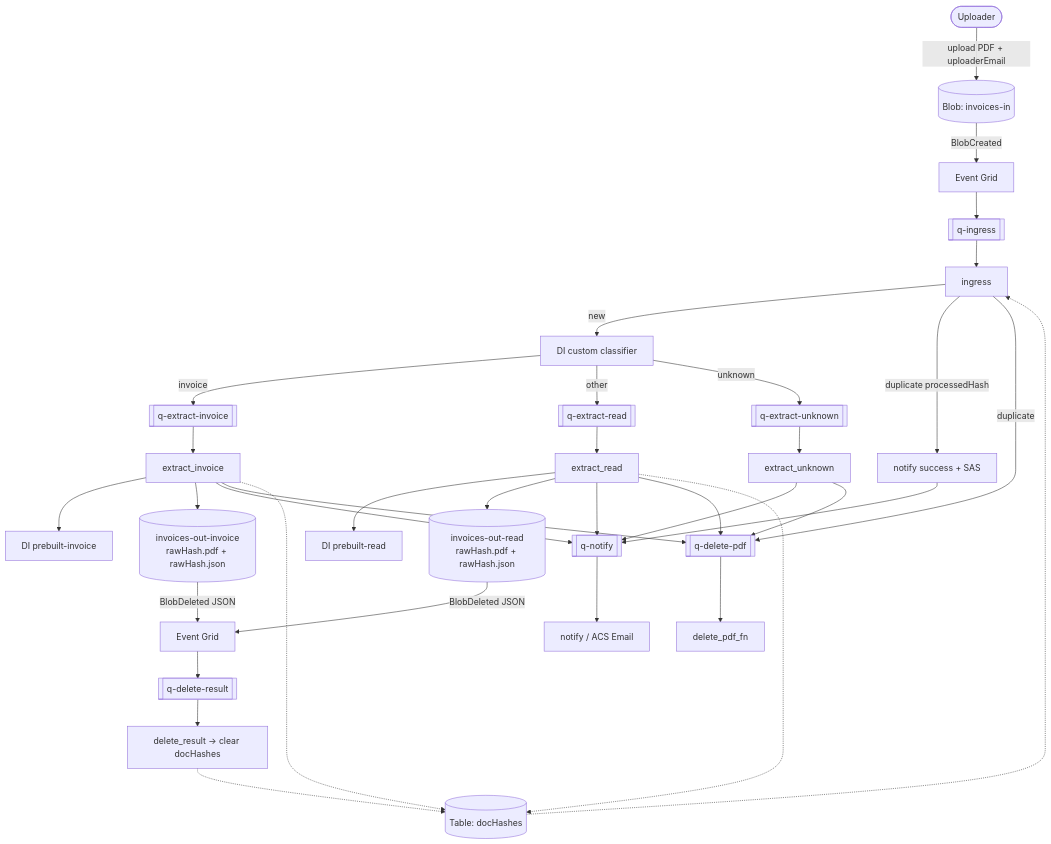
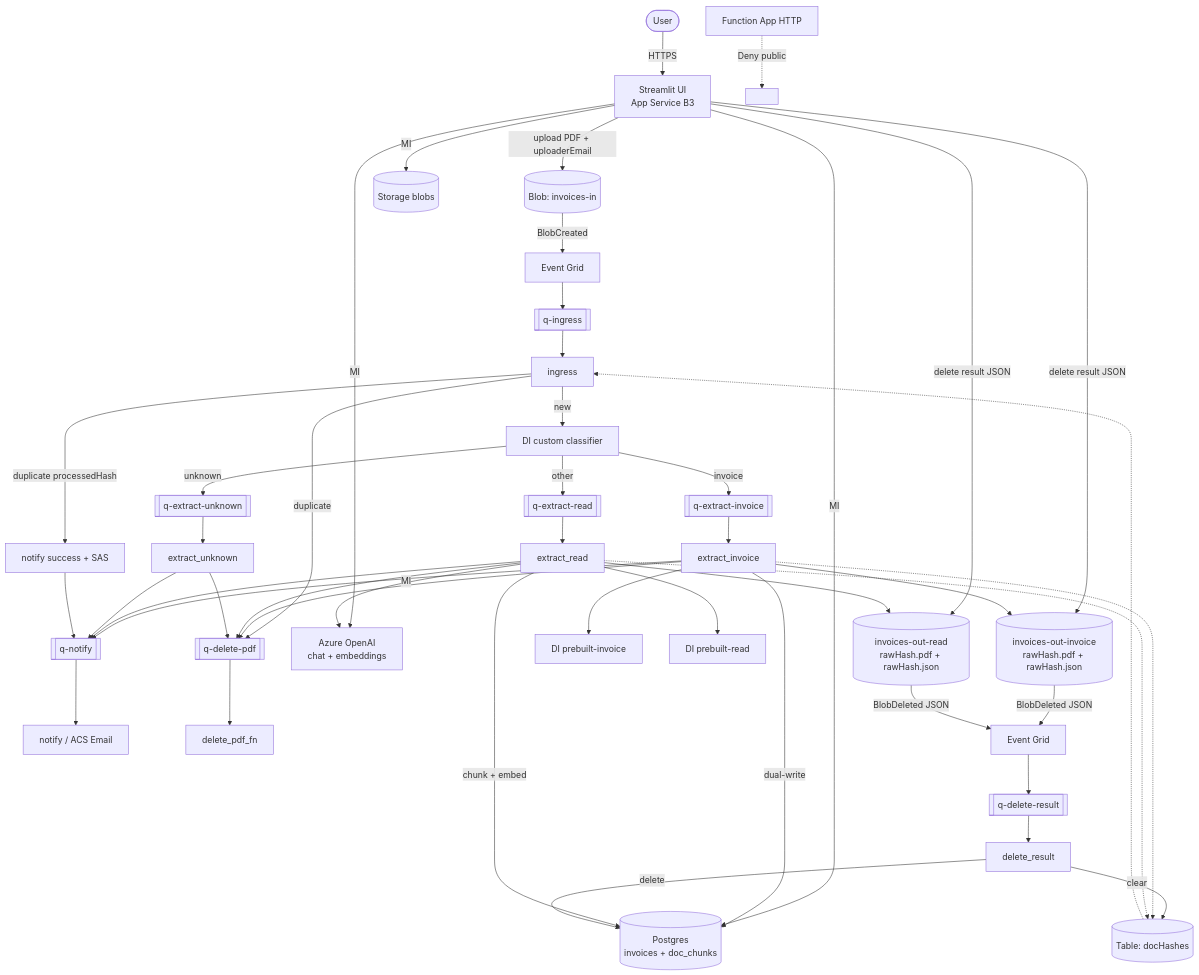
One commit to YaTut1901/rag-exercise changed the diagram in README.md. Above: the diagram before and after it, drawn with Mermaid. The commit also changed other lines of this file and 34 other files, not shown here.

````diff
--- a/README.md
+++ b/README.md
@@ -31,47 +67,62 @@
 ```mermaid
 flowchart TB
-  User([Uploader]) -->|upload PDF + uploaderEmail| In[(Blob: invoices-in)]
+  User([User]) -->|HTTPS| UI[Streamlit UI<br/>App Service B3]
+
+  UI -->|upload PDF + uploaderEmail| In[(Blob: invoices-in)]
+  UI -->|delete result JSON| OutInv
+  UI -->|delete result JSON| OutRead
+  UI -->|MI| PG[(Postgres<br/>invoices + doc_chunks)]
+  UI -->|MI| AOAI[Azure OpenAI<br/>chat + embeddings]
+  UI -->|MI| Blobs[(Storage blobs)]
 
   In -->|BlobCreated| EG1[Event Grid]
   EG1 --> Qin[[q-ingress]]
   Qin --> Ingress[ingress]
 
   Ingress -->|new| DICls[DI custom classifier]
   Ingress -->|duplicate processedHash| NDup[notify success + SAS]
   Ingress -->|duplicate| Qdel[[q-delete-pdf]]
 
   DICls -->|invoice| Qinv[[q-extract-invoice]]
   DICls -->|other| Qread[[q-extract-read]]
   DICls -->|unknown| Qunk[[q-extract-unknown]]
 
   Qinv --> ExtInv[extract_invoice]
   Qread --> ExtRead[extract_read]
   Qunk --> ExtUnk[extract_unknown]
 
   ExtInv --> DIinv[DI prebuilt-invoice]
   ExtRead --> DIread[DI prebuilt-read]
 
   ExtInv --> OutInv[(invoices-out-invoice<br/>rawHash.pdf + rawHash.json)]
   ExtRead --> OutRead[(invoices-out-read<br/>rawHash.pdf + rawHash.json)]
 
+  ExtInv -->|dual-write| PG
+  ExtRead -->|chunk + embed| PG
+  ExtRead -->|MI| AOAI
+
   ExtInv --> Qn[[q-notify]]
   ExtRead --> Qn
   ExtUnk --> Qn
   NDup --> Qn
   ExtInv --> Qdel
   ExtRead --> Qdel
   ExtUnk --> Qdel
 
   Qn --> Notify[notify / ACS Email]
   Qdel --> DelPdf[delete_pdf_fn]
 
   OutInv -->|BlobDeleted JSON| EG2[Event Grid]
   OutRead -->|BlobDeleted JSON| EG2
   EG2 --> Qres[[q-delete-result]]
-  Qres --> DelRes[delete_result → clear docHashes]
+  Qres --> DelRes[delete_result]
 
-  Table[(Table: docHashes)] -.-> Ingress
+  DelRes -->|clear| Table[(Table: docHashes)]
+  DelRes -->|delete| PG
+
+  Table -.-> Ingress
   ExtInv -.-> Table
   ExtRead -.-> Table
-  DelRes -.-> Table
+
+  FuncHTTP[Function App HTTP] -.->|Deny public| X[ ]
 ```
````
